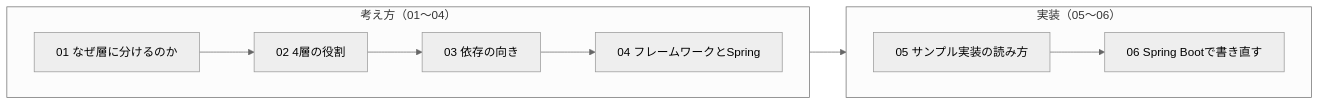
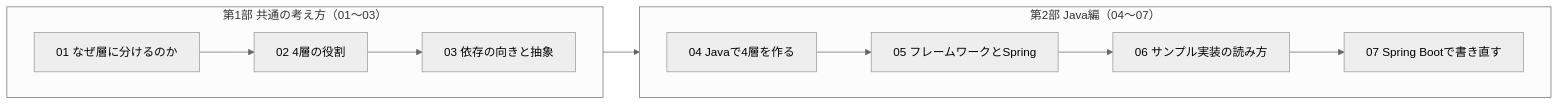
One commit to YTS0418/PRMN_SYSTEM_Lecture changed the first of 3 diagrams in 4層アーキテクチャ/00_はじめに.md. Above: the diagram before and after it, drawn with Mermaid (neutral theme). The commit also changed other lines of this file, not shown here.

````diff
--- a/4層アーキテクチャ/00_はじめに.md
+++ b/4層アーキテクチャ/00_はじめに.md
@@ -40,12 +50,12 @@
 ```mermaid
 flowchart LR
-    subgraph A["考え方（01〜04）"]
+    subgraph A["第1部 共通の考え方（01〜03）"]
         direction LR
-        a1["01 なぜ層に分けるのか"] --> a2["02 4層の役割"] --> a3["03 依存の向き"] --> a4["04 フレームワークとSpring"]
+        a1["01 なぜ層に分けるのか"] --> a2["02 4層の役割"] --> a3["03 依存の向きと抽象"]
     end
-    subgraph B["実装（05〜06）"]
+    subgraph B["第2部 Java編（04〜07）"]
         direction LR
-        a5["05 サンプル実装の読み方"] --> a6["06 Spring Bootで書き直す"]
+        a4["04 Javaで4層を作る"] --> a5["05 フレームワークとSpring"] --> a6["06 サンプル実装の読み方"] --> a7["07 Spring Bootで書き直す"]
     end
     A --> B
 ```
````
